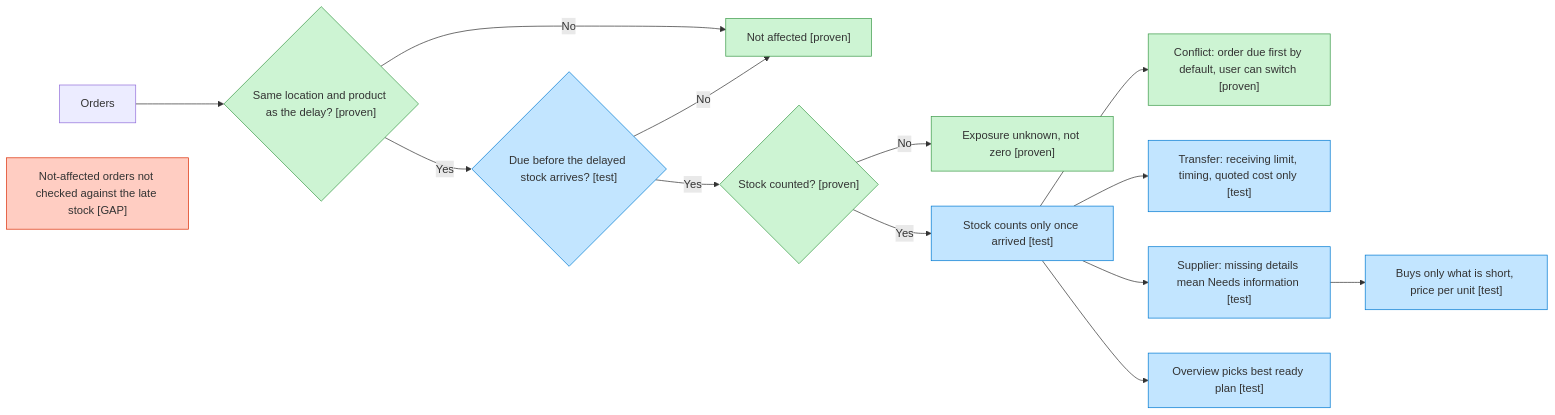
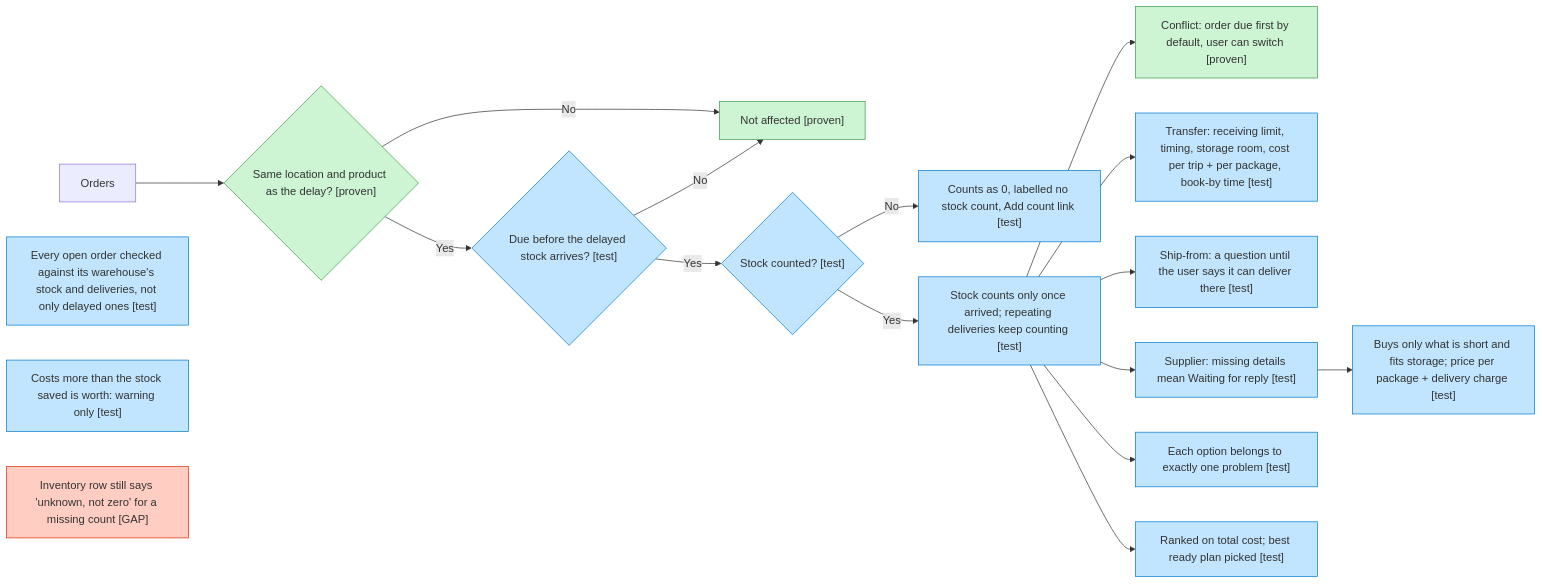
The fourth of 7 diagrams in docs/07-bug-map.md (gouravhanumante/rehearsal-ai-builder-cup), drawn with Mermaid before and after one commit. The commit also changed other lines of this file and 10 other files, not shown here.

Commit message:
Docs: sync with code at 25e5e0f; rule that every code change updates its docs in the same commit

````diff
--- a/docs/07-bug-map.md
+++ b/docs/07-bug-map.md
@@ -74,22 +83,27 @@
 ```mermaid
 flowchart LR
   o["Orders"] --> loc{"Same location and product as the delay? [proven]"}
   loc -->|"No"| na["Not affected [proven]"]
   loc -->|"Yes"| due{"Due before the delayed stock arrives? [test]"}
   due -->|"No"| na
-  due -->|"Yes"| st{"Stock counted? [proven]"}
-  st -->|"No"| unk["Exposure unknown, not zero [proven]"]
-  st -->|"Yes"| al["Stock counts only once arrived [test]"]
+  due -->|"Yes"| st{"Stock counted? [test]"}
+  st -->|"No"| unk["Counts as 0, labelled no stock count, Add count link [test]"]
+  st -->|"Yes"| al["Stock counts only once arrived; repeating deliveries keep counting [test]"]
+  all["Every open order checked against its warehouse's stock and deliveries, not only delayed ones [test]"]
   al --> cf["Conflict: order due first by default, user can switch [proven]"]
-  al --> tr["Transfer: receiving limit, timing, quoted cost only [test]"]
-  al --> sup["Supplier: missing details mean Needs information [test]"]
-  sup --> buy["Buys only what is short, price per unit [test]"]
-  al --> rec["Overview picks best ready plan [test]"]
-  later["Not-affected orders not checked against the late stock [GAP]"]
+  al --> tr["Transfer: receiving limit, timing, storage room, cost per trip + per package, book-by time [test]"]
+  al --> sf["Ship-from: a question until the user says it can deliver there [test]"]
+  al --> sup["Supplier: missing details mean Waiting for reply [test]"]
+  sup --> buy["Buys only what is short and fits storage; price per package + delivery charge [test]"]
+  al --> grp["Each option belongs to exactly one problem [test]"]
+  al --> rec["Ranked on total cost; best ready plan picked [test]"]
+  worth["Costs more than the stock saved is worth: warning only [test]"]
+  inv["Inventory row still says 'unknown, not zero' for a missing count [GAP]"]
   classDef proven fill:#CDF4D3,stroke:#3E9B4B
   classDef test fill:#C2E5FF,stroke:#007AD2
+  classDef manual fill:#FFECBD,stroke:#E8A302
   classDef gap fill:#FFCDC2,stroke:#DC3009
-  class loc,na,st,unk,cf proven
-  class due,al,tr,sup,buy,rec test
-  class later gap
+  class loc,na,cf proven
+  class due,st,unk,al,all,tr,sf,sup,buy,grp,rec,worth test
+  class inv gap
 ```
````
